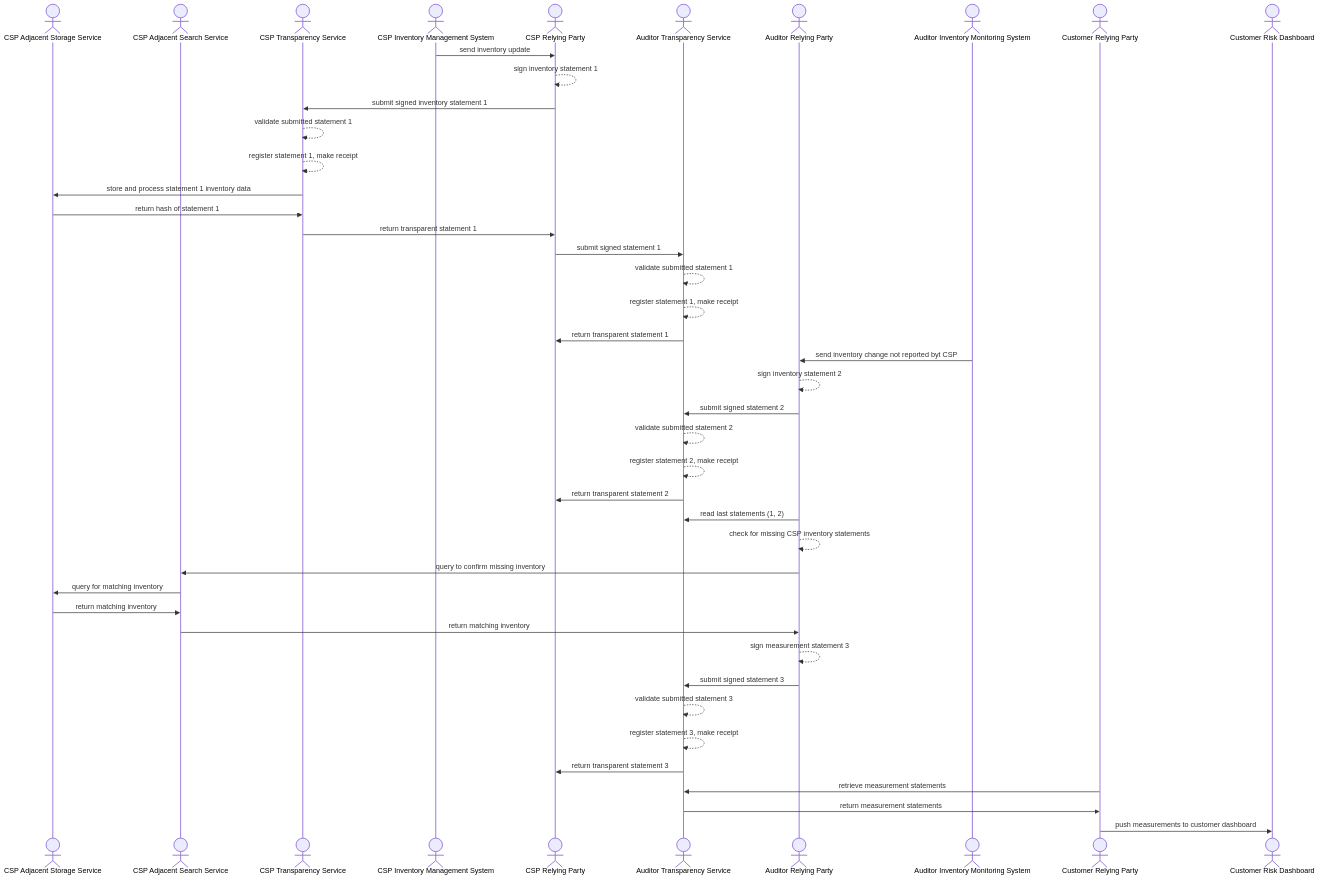
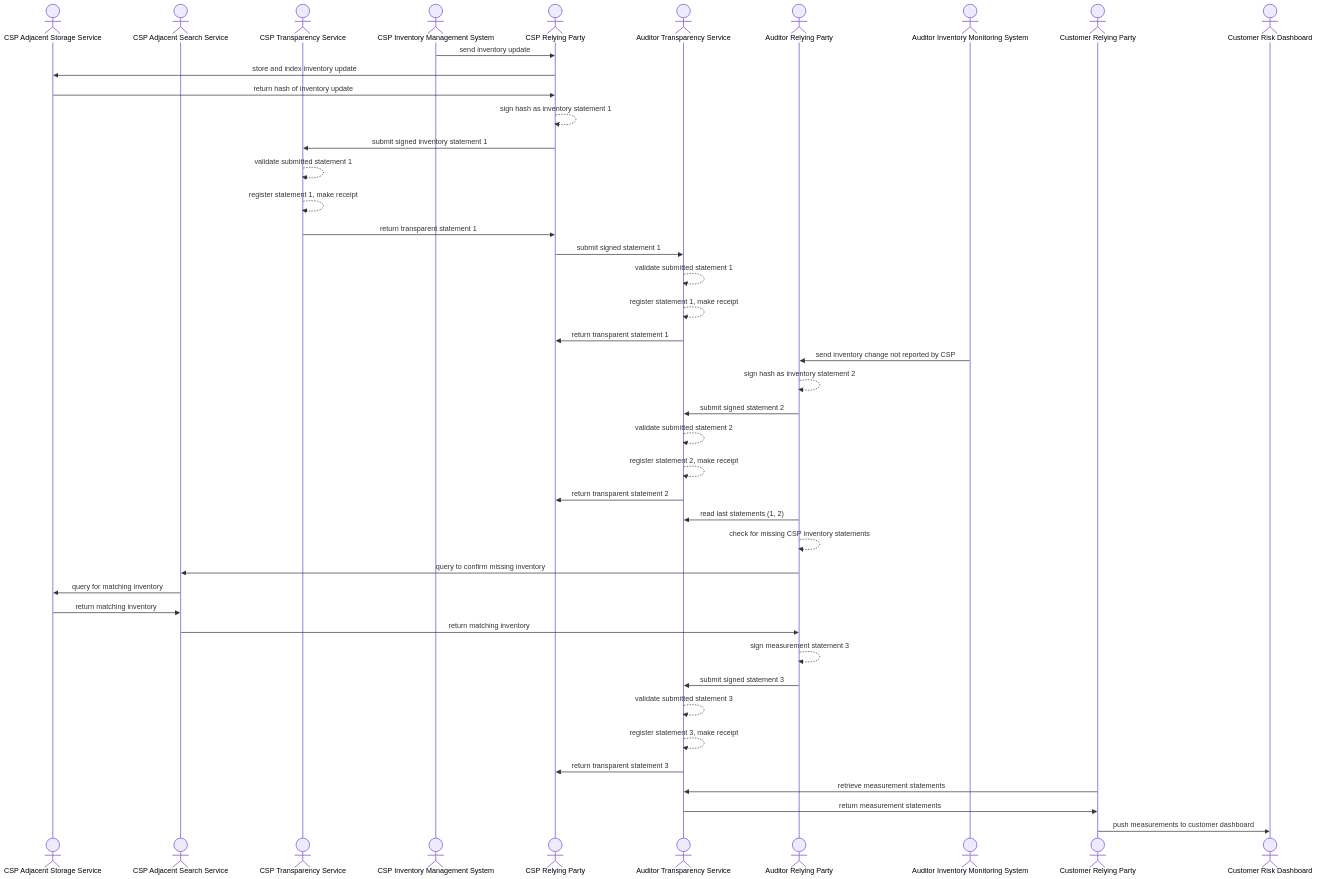
The diagram in docs/use-case_inventory.mmd (aj-stein/conmotion), drawn with Mermaid before and after one commit. The commit also changed 1 other file, not shown here.

Commit message:
Fix typo byt->by typo in sequence diagrams

```diff
--- a/docs/use-case_inventory.mmd
+++ b/docs/use-case_inventory.mmd
@@ -1,43 +1,43 @@
   sequenceDiagram
           actor CSP_TS_STORE as CSP Adjacent Storage Service
           actor CSP_TS_SEARCH as CSP Adjacent Search Service
           actor CSP_TS as CSP Transparency Service
           actor CSP_IMS as CSP Inventory Management System
           actor CSP_RP as CSP Relying Party
           actor AUDITOR_TS as Auditor Transparency Service
           actor AUDITOR_RP as Auditor Relying Party
           actor AUDITOR_IMS as Auditor Inventory Monitoring System
           actor CUSTOMER_RP as Customer Relying Party
           actor CUSTOMER_GRC as Customer Risk Dashboard
           CSP_IMS->>CSP_RP: send inventory update
-          CSP_RP-->>CSP_RP: sign inventory statement 1
+          CSP_RP->>CSP_TS_STORE: store and index inventory update
+          CSP_TS_STORE->>CSP_RP: return hash of inventory update
+          CSP_RP-->>CSP_RP: sign hash as inventory statement 1
           CSP_RP->>CSP_TS: submit signed inventory statement 1
           CSP_TS-->>CSP_TS: validate submitted statement 1
           CSP_TS-->>CSP_TS: register statement 1, make receipt
-          CSP_TS->>CSP_TS_STORE: store and process statement 1 inventory data
-          CSP_TS_STORE->>CSP_TS: return hash of statement 1
           CSP_TS->>CSP_RP: return transparent statement 1
           CSP_RP->>AUDITOR_TS: submit signed statement 1
           AUDITOR_TS-->>AUDITOR_TS: validate submitted statement 1
           AUDITOR_TS-->>AUDITOR_TS: register statement 1, make receipt
           AUDITOR_TS->>CSP_RP: return transparent statement 1
-          AUDITOR_IMS->>AUDITOR_RP: send inventory change not reported byt CSP
-          AUDITOR_RP-->>AUDITOR_RP: sign inventory statement 2
+          AUDITOR_IMS->>AUDITOR_RP: send inventory change not reported by CSP
+          AUDITOR_RP-->>AUDITOR_RP: sign hash as inventory statement 2
           AUDITOR_RP->>AUDITOR_TS: submit signed statement 2
           AUDITOR_TS-->>AUDITOR_TS: validate submitted statement 2
           AUDITOR_TS-->>AUDITOR_TS: register statement 2, make receipt
           AUDITOR_TS->>CSP_RP: return transparent statement 2
           AUDITOR_RP->>AUDITOR_TS: read last statements (1, 2)
           AUDITOR_RP-->>AUDITOR_RP: check for missing CSP inventory statements
           AUDITOR_RP->>CSP_TS_SEARCH: query to confirm missing inventory
           CSP_TS_SEARCH->>CSP_TS_STORE: query for matching inventory
           CSP_TS_STORE->>CSP_TS_SEARCH: return matching inventory
           CSP_TS_SEARCH->>AUDITOR_RP: return matching inventory
           AUDITOR_RP-->>AUDITOR_RP: sign measurement statement 3
           AUDITOR_RP->>AUDITOR_TS: submit signed statement 3
           AUDITOR_TS-->>AUDITOR_TS: validate submitted statement 3
           AUDITOR_TS-->>AUDITOR_TS: register statement 3, make receipt
           AUDITOR_TS->>CSP_RP: return transparent statement 3
           CUSTOMER_RP->>AUDITOR_TS: retrieve measurement statements
           AUDITOR_TS->>CUSTOMER_RP: return measurement statements
           CUSTOMER_RP->>CUSTOMER_GRC: push measurements to customer dashboard 
```
